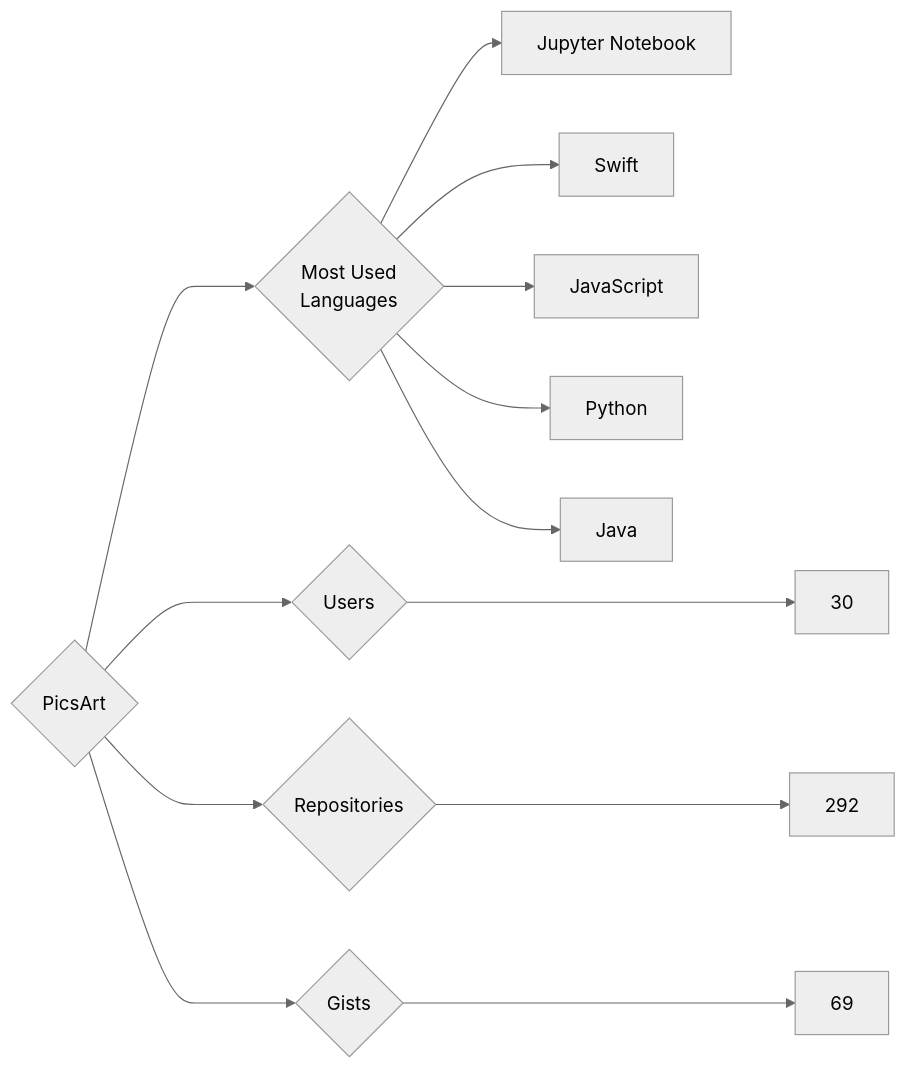
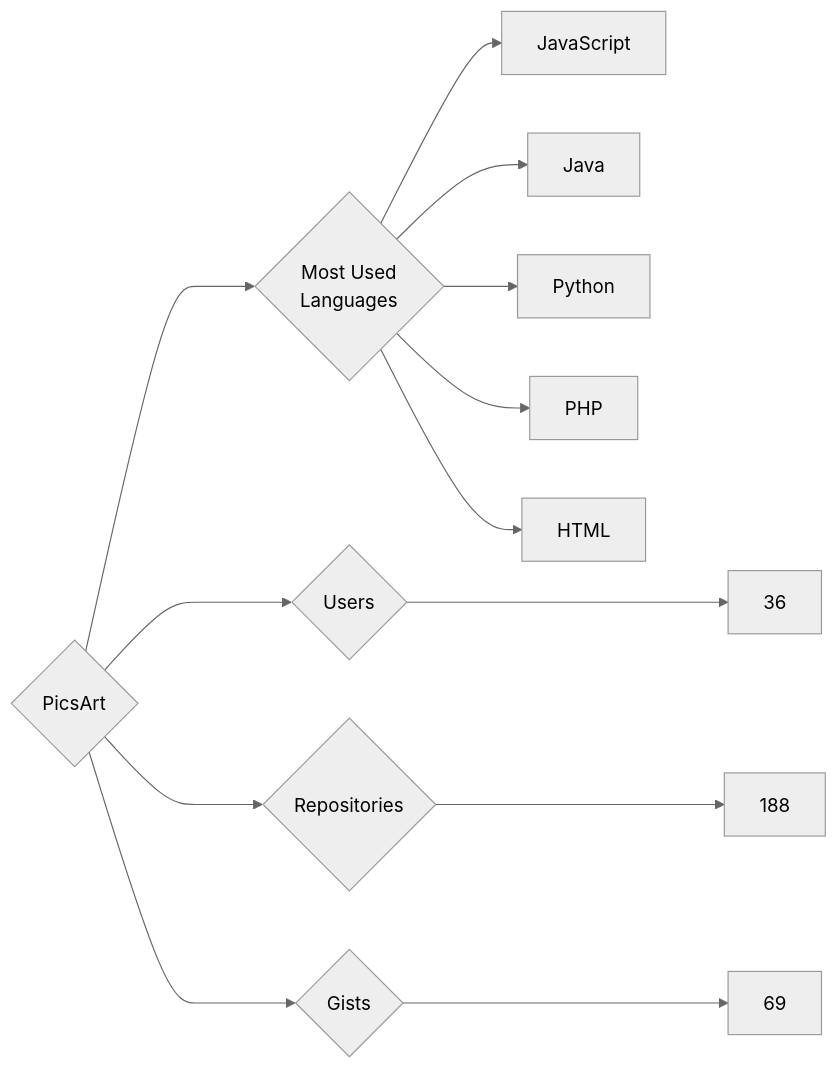
The diagram in targets/PicsArt/README.md (trickest/insiders), drawn with Mermaid (neutral theme) before and after one commit. The commit also changed 895 other files, not shown here.

````diff
--- a/targets/PicsArt/README.md
+++ b/targets/PicsArt/README.md
@@ -3,13 +3,13 @@
 ```mermaid
 graph LR
 COMPANY_NAME{PicsArt}
-COMPANY_NAME ---> U{Users} ---> UN[30]
-COMPANY_NAME ---> R{Repositories} ---> RN[292]
+COMPANY_NAME ---> U{Users} ---> UN[36]
+COMPANY_NAME ---> R{Repositories} ---> RN[188]
 COMPANY_NAME ---> G{Gists} ---> GN[69]
 COMPANY_NAME ---> ML{Most Used<br>Languages}
-ML --> Jupyter_Notebook[Jupyter Notebook]
-ML --> Swift[Swift]
 ML --> JavaScript[JavaScript]
+ML --> Java[Java]
 ML --> Python[Python]
-ML --> Java[Java]
+ML --> PHP[PHP]
+ML --> HTML[HTML]
 ```
````
